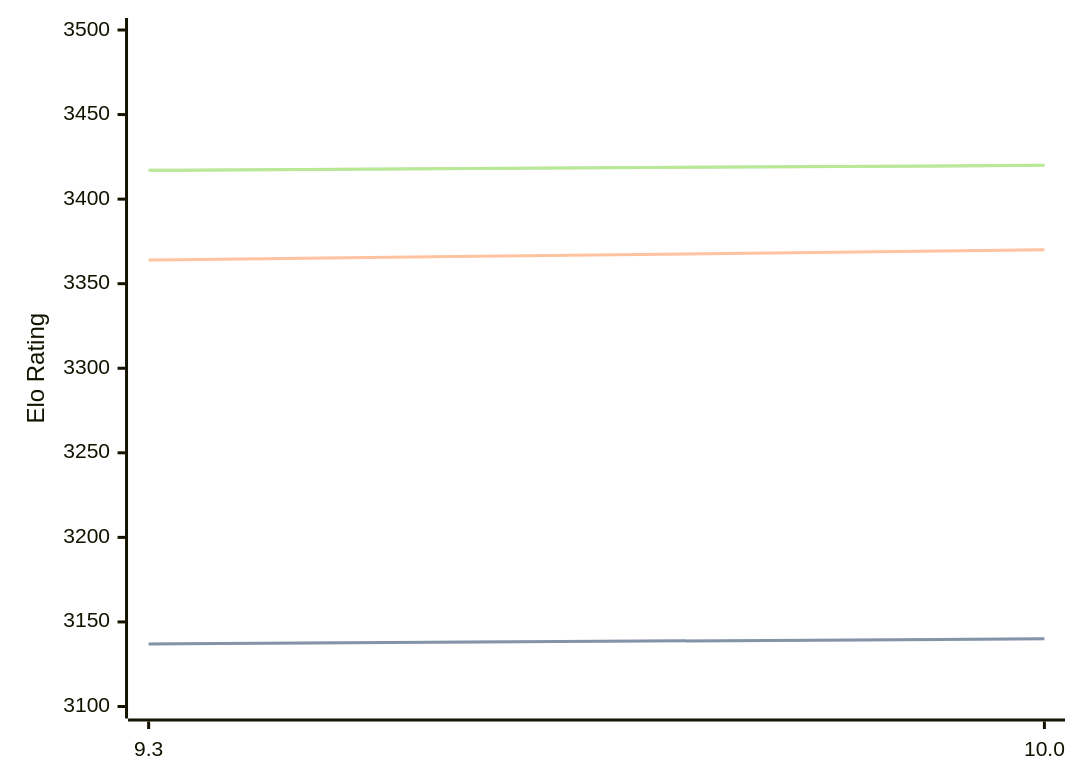
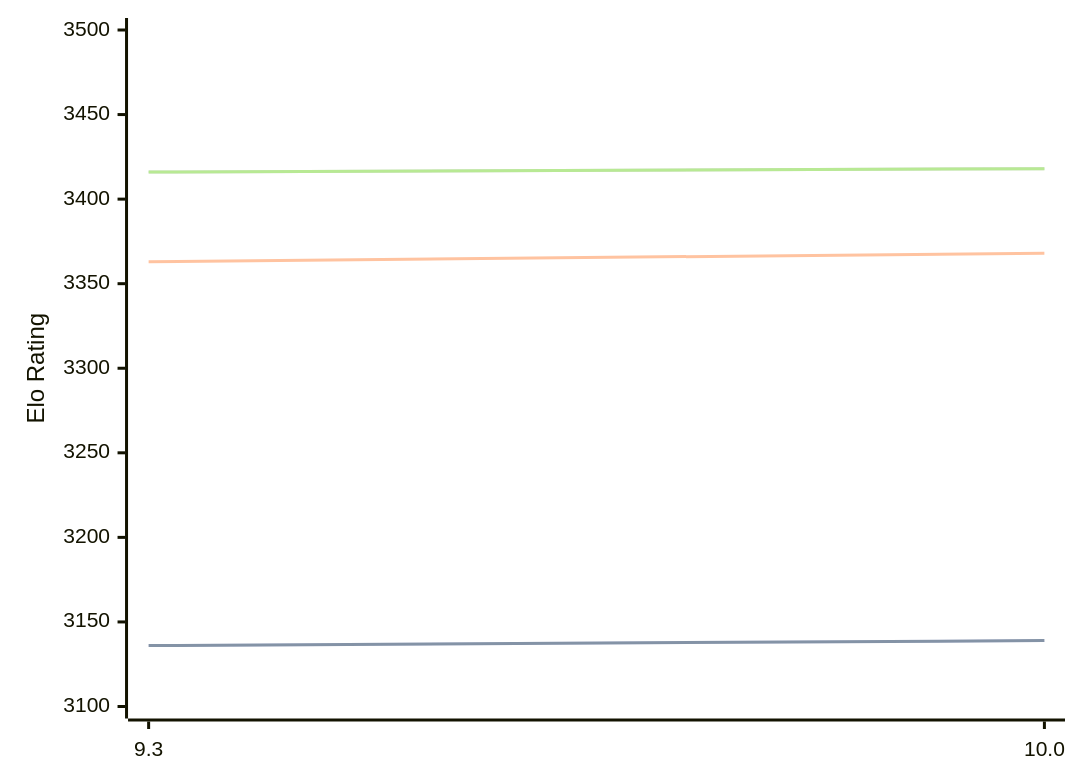
Before and after one commit to computer-chess-index/cci: the diagram in engines/Fire.md, drawn with Mermaid. The commit also changed other lines of this file, not shown here.

Commit message:
Update CCI Ratings (ELO VLTC) - 2026-08-11

````diff
--- a/engines/Fire.md
+++ b/engines/Fire.md
@@ -32,11 +32,11 @@
 ```mermaid
 %%{init: {"theme":"base","themeVariables":{"seriesColors:['#a3a3a3','#222221','#faa371']}}}%%
 xychart-beta
   x-axis ["9.3", "10.0"]
   y-axis "Elo Rating" 3100 --> 3500
-  line "STC (8.0+0.08s)" [3137, 3140]
-  line "STC (8.0+0.08s)" [3137, 3140]
-  line "LTC (60.0+0.60s)" [3364, 3370]
-  line "VLTC (2m24s+1.12s)" [3417, 3420]
-  line "VLTC (2m24s+1.12s)" [3417, 3420]
+  line "STC (8.0+0.08s)" [3136, 3139]
+  line "STC (8.0+0.08s)" [3136, 3139]
+  line "LTC (60.0+0.60s)" [3363, 3368]
+  line "VLTC (2m24s+1.12s)" [3416, 3418]
+  line "VLTC (2m24s+1.12s)" [3416, 3418]
 ```
````
